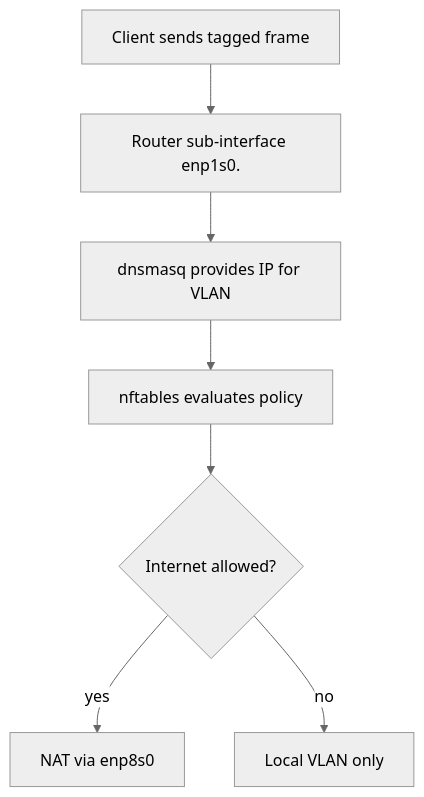
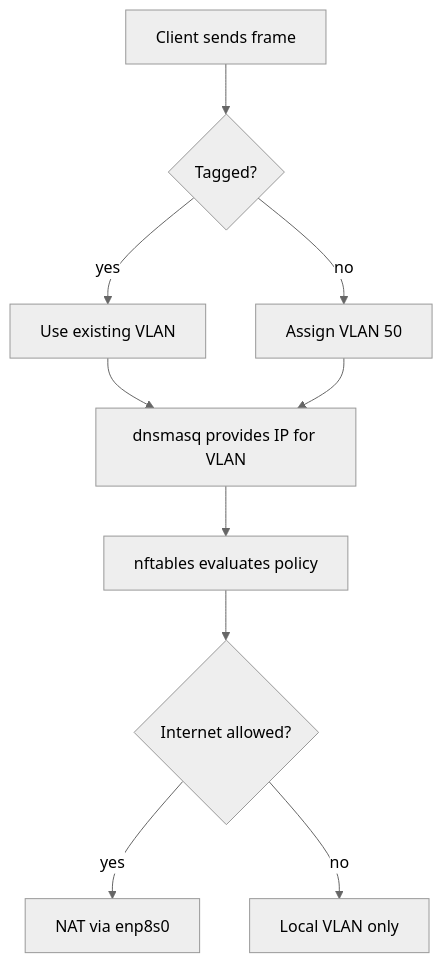
One commit to GEMISIS/home-network-setup changed the third of 7 diagrams in SOFTWARE.md. Above: the diagram before and after it, drawn with Mermaid (neutral theme). The commit also changed other lines of this file and 1 other file, not shown here.

Commit message:
Document switch placement and VLAN access rules

````diff
--- a/SOFTWARE.md
+++ b/SOFTWARE.md
@@ -63,9 +78,12 @@
 ```mermaid
 flowchart TD
-    A[Client sends tagged frame] --> B[Router sub‑interface enp1s0.<VLAN>]
-    B --> C[dnsmasq provides IP for VLAN]
-    C --> D[nftables evaluates policy]
-    D --> E{Internet allowed?}
-    E -- yes --> F[NAT via enp8s0]
-    E -- no --> G[Local VLAN only]
+    A[Client sends frame] --> B{Tagged?}
+    B -- yes --> C[Use existing VLAN]
+    B -- no --> D[Assign VLAN 50]
+    C --> E[dnsmasq provides IP for VLAN]
+    D --> E
+    E --> F[nftables evaluates policy]
+    F --> G{Internet allowed?}
+    G -- yes --> H[NAT via enp8s0]
+    G -- no --> I[Local VLAN only]
 ```
````
